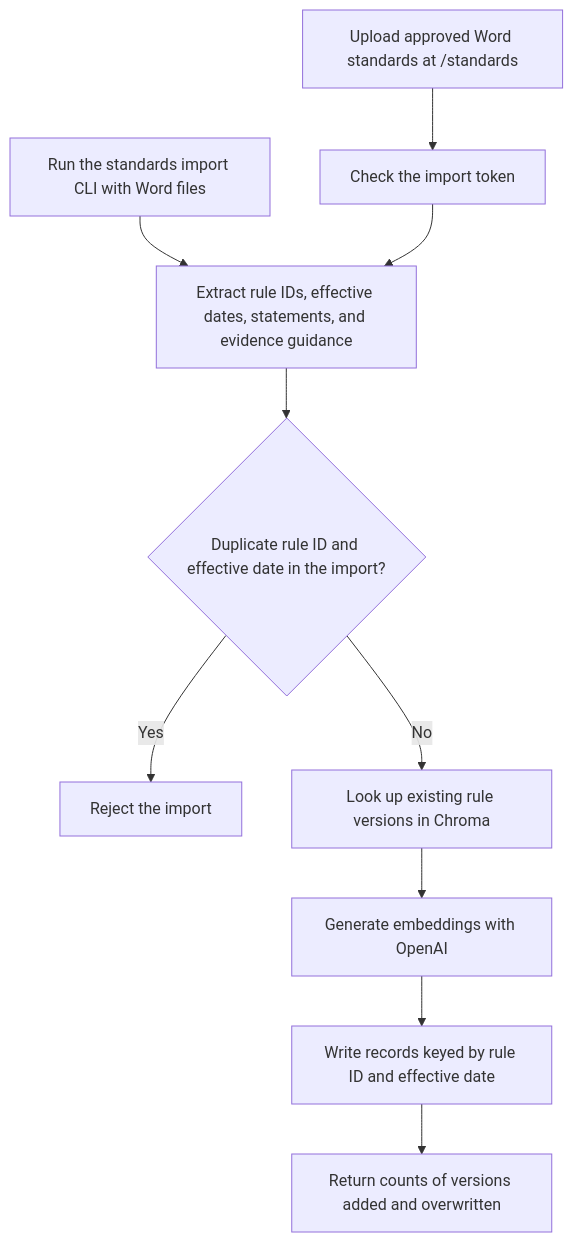
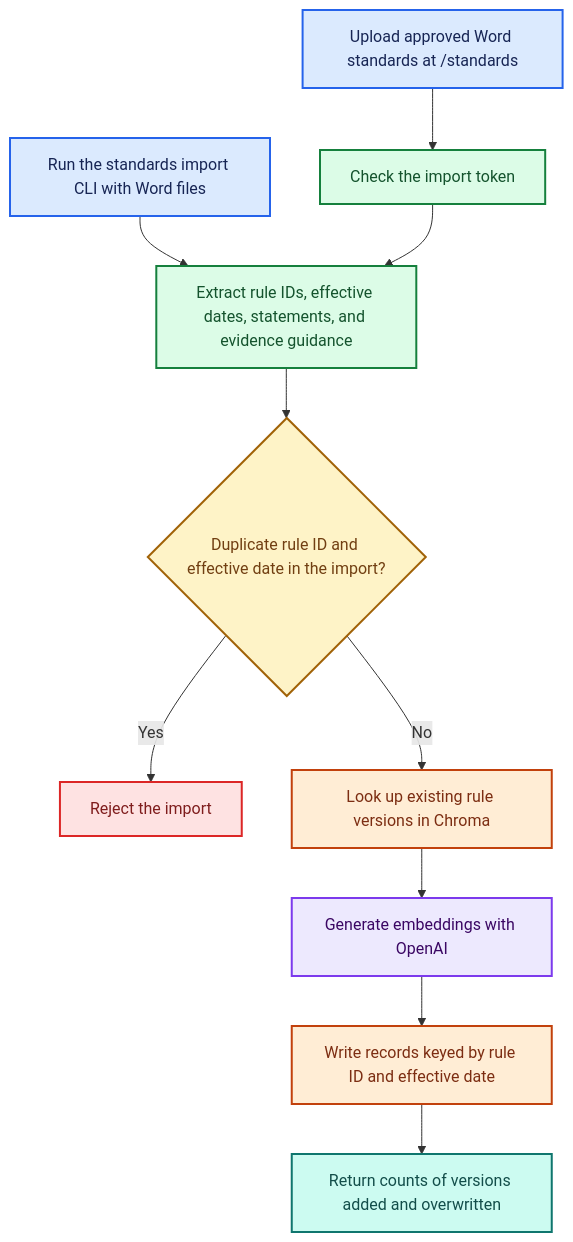
One commit to girisheduru/archgovasst changed the second of 9 diagrams in flowdiagrams.md. Above: the diagram before and after it, drawn with Mermaid. The commit also changed other lines of this file and 18 other files, not shown here.

Commit message:
Nodes and architecture changed along with banners and comments

````diff
--- a/flowdiagrams.md
+++ b/flowdiagrams.md
@@ -24,12 +54,27 @@
 ```mermaid
 flowchart TD
     Web["Upload approved Word standards at /standards"] --> Auth["Check the import token"]
     CLI["Run the standards import CLI with Word files"] --> Parse["Extract rule IDs, effective dates, statements, and evidence guidance"]
     Auth --> Parse
     Parse --> Duplicate{"Duplicate rule ID and effective date in the import?"}
     Duplicate -->|"Yes"| Reject["Reject the import"]
     Duplicate -->|"No"| Lookup["Look up existing rule versions in Chroma"]
     Lookup --> Embed["Generate embeddings with OpenAI"]
     Embed --> Save["Write records keyed by rule ID and effective date"]
     Save --> Result["Return counts of versions added and overwritten"]
+
+    classDef user fill:#dbeafe,stroke:#2563eb,color:#172554,stroke-width:2px;
+    class Web,CLI user;
+    classDef process fill:#dcfce7,stroke:#15803d,color:#14532d,stroke-width:2px;
+    class Auth,Parse process;
+    classDef decision fill:#fef3c7,stroke:#a16207,color:#713f12,stroke-width:2px;
+    class Duplicate decision;
+    classDef rejected fill:#fee2e2,stroke:#dc2626,color:#7f1d1d,stroke-width:2px;
+    class Reject rejected;
+    classDef store fill:#ffedd5,stroke:#c2410c,color:#7c2d12,stroke-width:2px;
+    class Lookup,Save store;
+    classDef llm fill:#ede9fe,stroke:#7c3aed,color:#3b0764,stroke-width:2px;
+    class Embed llm;
+    classDef output fill:#ccfbf1,stroke:#0f766e,color:#134e4a,stroke-width:2px;
+    class Result output;
 ```
````
